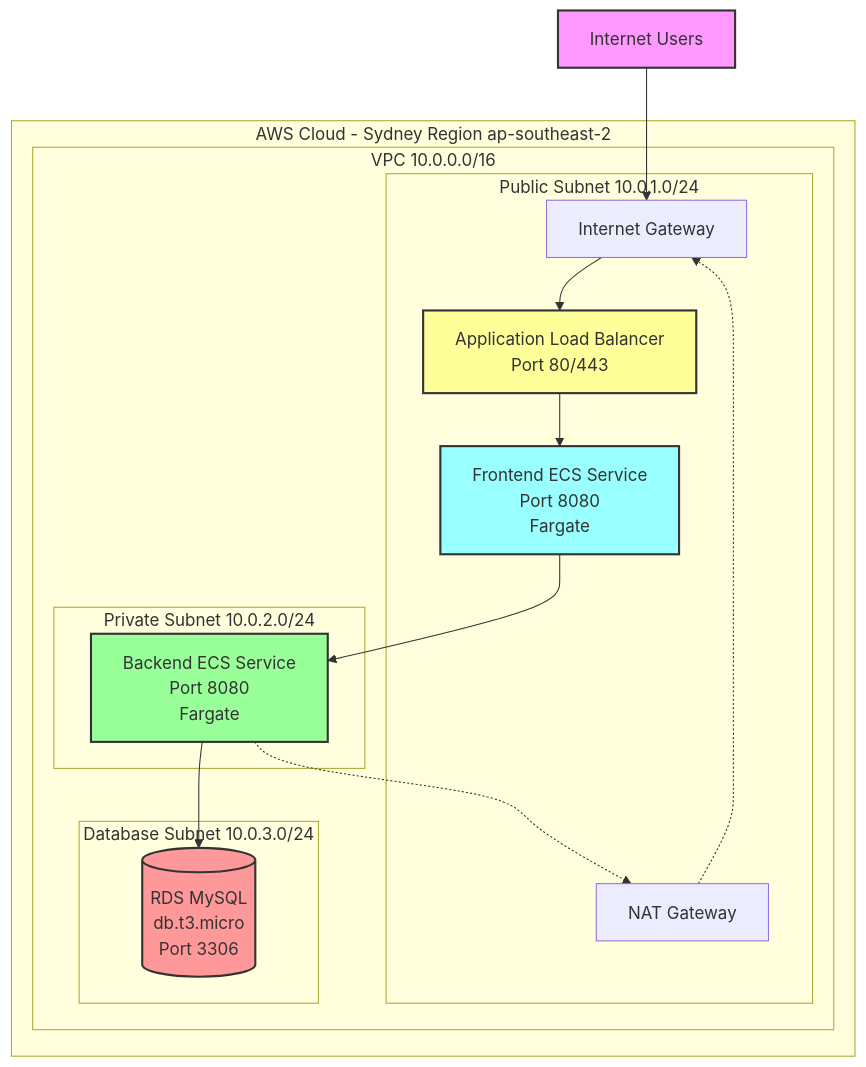
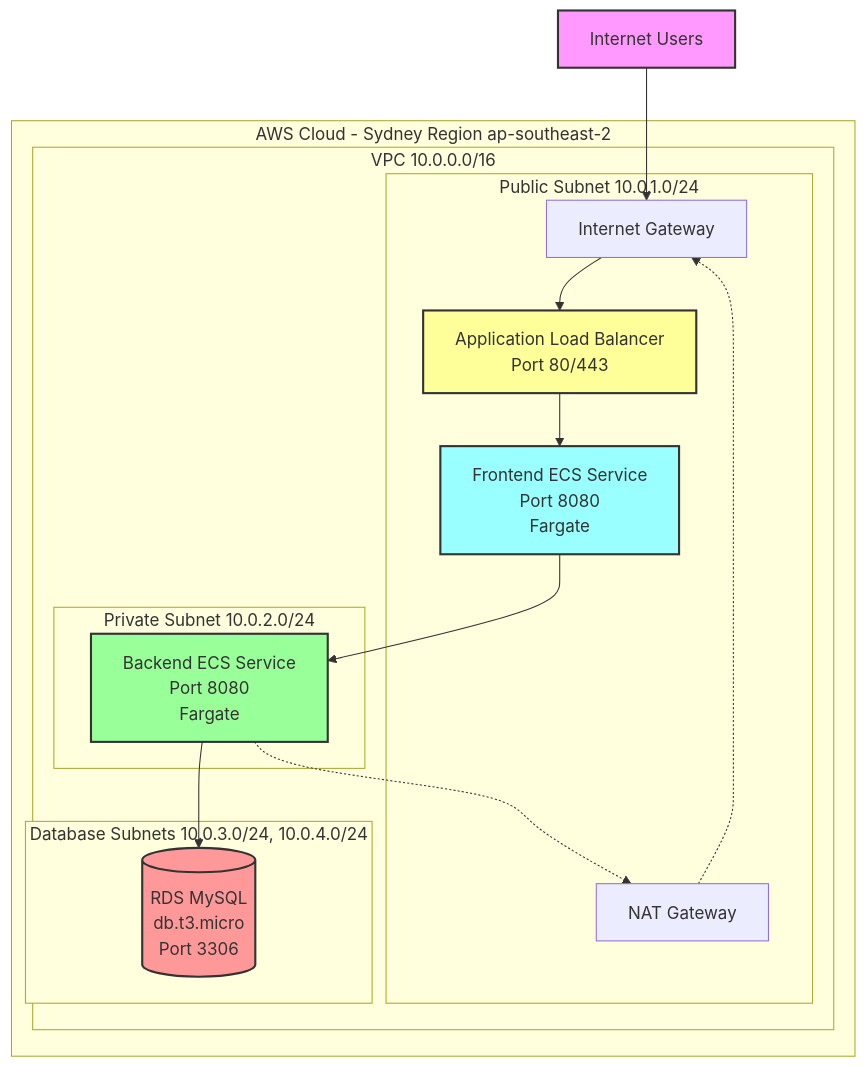
One commit to sabiut/terraform-aws-ecs-infra changed the first of 3 diagrams in README.md. Above: the diagram before and after it, drawn with Mermaid. The commit also changed other lines of this file and 9 other files, not shown here.

First line of the commit message:
Create database subnets in the networking module, one per AZ

````diff
--- a/README.md
+++ b/README.md
@@ -11,35 +11,35 @@
 ```mermaid
 graph TB
     subgraph AWS["AWS Cloud - Sydney Region ap-southeast-2"]
         subgraph VPC["VPC 10.0.0.0/16"]
             subgraph PUB["Public Subnet 10.0.1.0/24"]
                 IGW[Internet Gateway]
                 ALB[Application Load Balancer<br/>Port 80/443]
                 NAT[NAT Gateway]
                 FE[Frontend ECS Service<br/>Port 8080<br/>Fargate]
             end
 
             subgraph PRIV["Private Subnet 10.0.2.0/24"]
                 BE[Backend ECS Service<br/>Port 8080<br/>Fargate]
             end
 
-            subgraph DB["Database Subnet 10.0.3.0/24"]
+            subgraph DB["Database Subnets 10.0.3.0/24, 10.0.4.0/24"]
                 RDS[(RDS MySQL<br/>db.t3.micro<br/>Port 3306)]
             end
         end
     end
 
     Internet[Internet Users] --> IGW
     IGW --> ALB
     ALB --> FE
     FE --> BE
     BE --> RDS
     BE -.-> NAT
     NAT -.-> IGW
 
     style Internet fill:#f9f,stroke:#333,stroke-width:2px
     style ALB fill:#ff9,stroke:#333,stroke-width:2px
     style FE fill:#9ff,stroke:#333,stroke-width:2px
     style BE fill:#9f9,stroke:#333,stroke-width:2px
     style RDS fill:#f99,stroke:#333,stroke-width:2px
 ```
````
